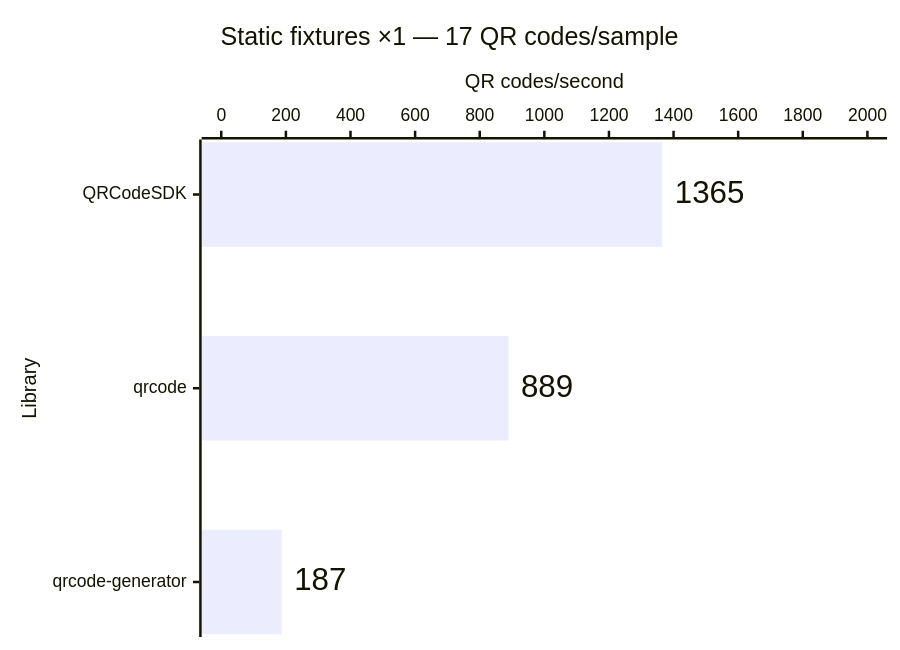
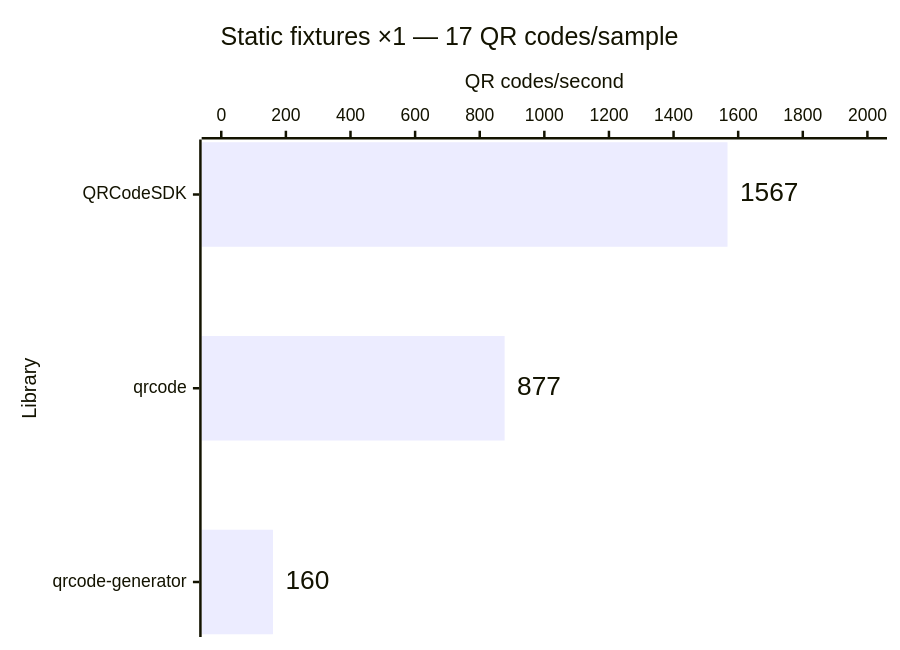
The fifth of 14 diagrams in apps/docs/src/content/docs/learn/performance.md (Dafnik/qrcodesdk), drawn with Mermaid before and after one commit. The commit also changed other lines of this file, not shown here.

````diff
--- a/apps/docs/src/content/docs/learn/performance.md
+++ b/apps/docs/src/content/docs/learn/performance.md
@@ -115,15 +115,15 @@
 ```mermaid
 ---
 config:
   xyChart:
     showDataLabel: true
     showDataLabelOutsideBar: true
 ---
 xychart horizontal
   accTitle: Automatic matrix generation: Static fixtures ×1 — 17 QR codes/sample
-  accDescr: Throughput calculated from median time. QRCodeSDK 1,365 QR codes per second, qrcode 889 QR codes per second, qrcode-generator 187 QR codes per second. Higher is better.
+  accDescr: Throughput calculated from median time. QRCodeSDK 1,567 QR codes per second, qrcode 877 QR codes per second, qrcode-generator 160 QR codes per second. Higher is better.
   title "Static fixtures ×1 — 17 QR codes/sample"
   x-axis "Library" ["QRCodeSDK", "qrcode", "qrcode-generator"]
   y-axis "QR codes/second" 0 --> 2000
-  bar [1365, 889, 187]
+  bar [1567, 877, 160]
 ```
````
